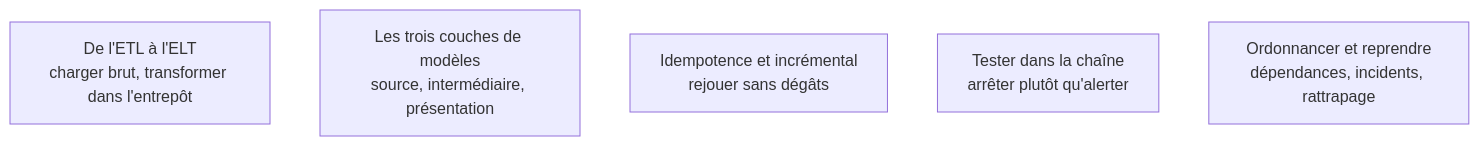
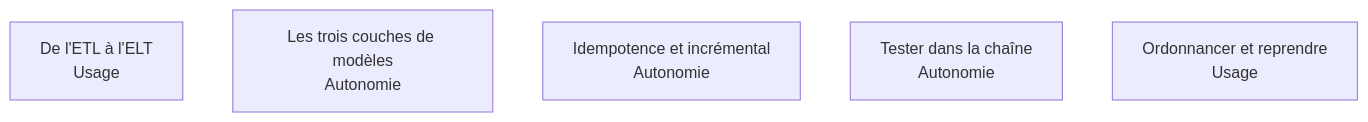
One commit to floSa/Atlas-Metiers-Roadmaps changed the diagram in content/parcours/bi-analyst/transformation-et-orchestration/index.md. Above: the diagram before and after it, drawn with Mermaid. The commit also changed 20 other files, not shown here.

First line of the commit message:
Data Analyst et BI Analyst : le niveau attendu passe dans les cases des cartes

````diff
--- a/content/parcours/bi-analyst/transformation-et-orchestration/index.md
+++ b/content/parcours/bi-analyst/transformation-et-orchestration/index.md
@@ -11,14 +11,14 @@
 ```mermaid
 flowchart TD
-  E["De l'ETL à l'ELT<br/>charger brut, transformer dans l'entrepôt"]
-  C["Les trois couches de modèles<br/>source, intermédiaire, présentation"]
-  I["Idempotence et incrémental<br/>rejouer sans dégâts"]
-  T["Tester dans la chaîne<br/>arrêter plutôt qu'alerter"]
-  O["Ordonnancer et reprendre<br/>dépendances, incidents, rattrapage"]
+  E["De l'ETL à l'ELT<br/>Usage"]
+  C["Les trois couches de modèles<br/>Autonomie"]
+  I["Idempotence et incrémental<br/>Autonomie"]
+  T["Tester dans la chaîne<br/>Autonomie"]
+  O["Ordonnancer et reprendre<br/>Usage"]
 
   click E "/parcours/bi-analyst/transformation-et-orchestration/de-l-etl-a-l-elt"
   click C "/parcours/bi-analyst/transformation-et-orchestration/les-trois-couches-de-modeles"
   click I "/parcours/bi-analyst/transformation-et-orchestration/idempotence-et-chargement-incremental"
   click T "/parcours/bi-analyst/transformation-et-orchestration/tester-dans-la-chaine"
   click O "/parcours/bi-analyst/transformation-et-orchestration/ordonnancer-et-reprendre"
 ```
````
